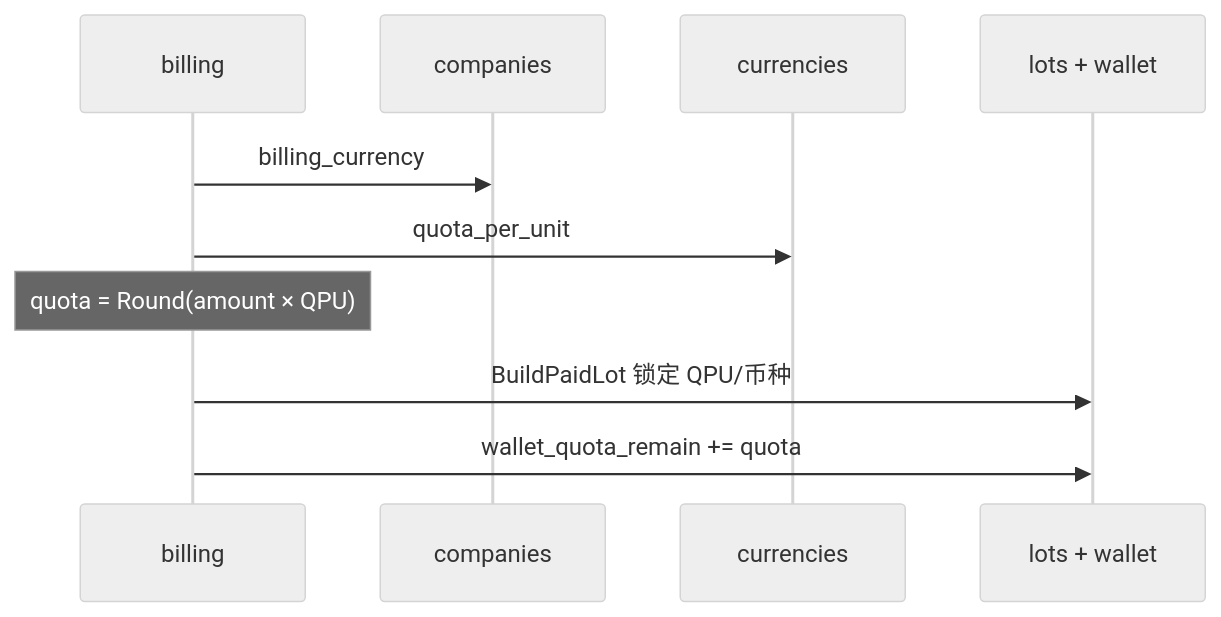
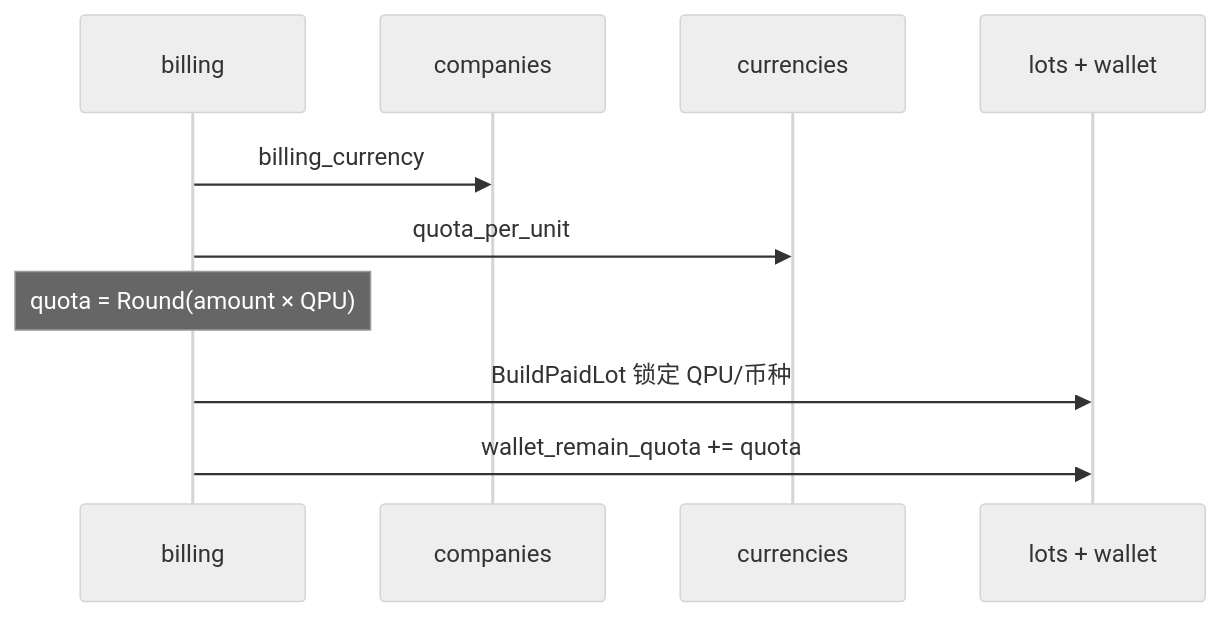
Before and after one commit to quyip8818/mytokenjoy: the fourth of 6 diagrams in docs/Backend-计费模式.md, drawn with Mermaid (neutral theme). The commit also changed other lines of this file and 49 other files, not shown here.

Commit message:
rename wallet_remain

````diff
--- a/docs/Backend-计费模式.md
+++ b/docs/Backend-计费模式.md
@@ -165,13 +165,13 @@
 ```mermaid
 sequenceDiagram
   participant B as billing
   participant Co as companies
   participant Cur as currencies
   participant PG as lots + wallet
 
   B->>Co: billing_currency
   B->>Cur: quota_per_unit
   Note over B: quota = Round(amount × QPU)
   B->>PG: BuildPaidLot 锁定 QPU/币种
-  B->>PG: wallet_quota_remain += quota
+  B->>PG: wallet_remain_quota += quota
 ```
````
